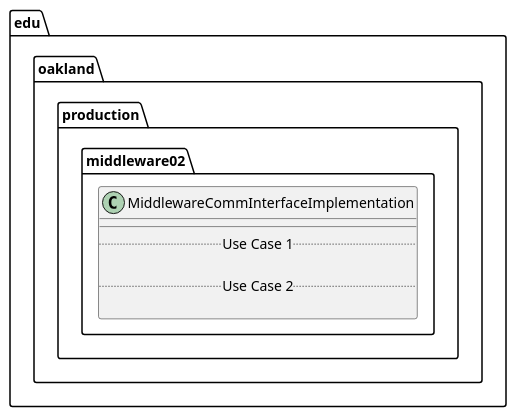
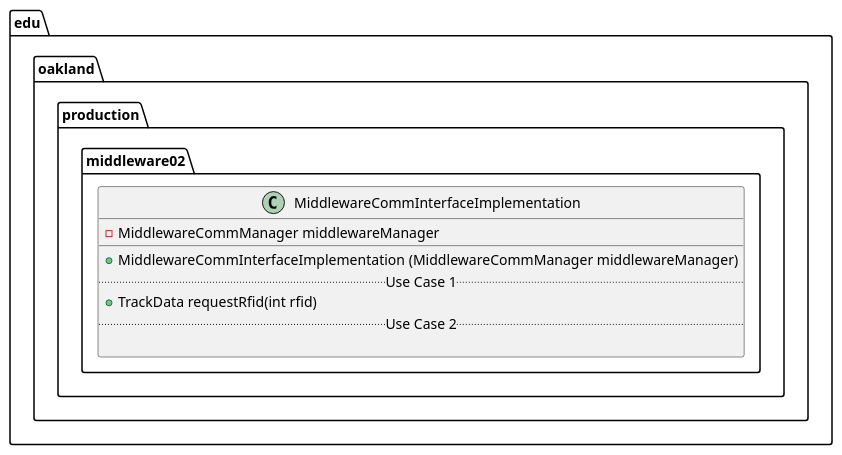
Before and after one commit to andrewdimmer/csi-3370-software-project: the diagram in docs/uml-class-diagrams/middleware02/production/MiddlewareCommInterfaceImplementation/MiddlewareCommInterfaceImplementation.puml, drawn with PlantUML. The commit also changed 2 other files, not shown here.

Commit message:
[Middleware_02] Document Internal class Implementation

```diff
--- a/docs/uml-class-diagrams/middleware02/production/MiddlewareCommInterfaceImplementation/MiddlewareCommInterfaceImplementation.puml
+++ b/docs/uml-class-diagrams/middleware02/production/MiddlewareCommInterfaceImplementation/MiddlewareCommInterfaceImplementation.puml
@@ -1,13 +1,15 @@
 @startuml MiddlewareCommInterfaceImplementation
 
 package edu.oakland.production.middleware02 {
     class MiddlewareCommInterfaceImplementation {
+        - MiddlewareCommManager middlewareManager
         __
+        + MiddlewareCommInterfaceImplementation (MiddlewareCommManager middlewareManager)
         .. Use Case 1 ..
-        
+        + TrackData requestRfid(int rfid)
         .. Use Case 2 ..
 
     }
 }
 
 @enduml
```
